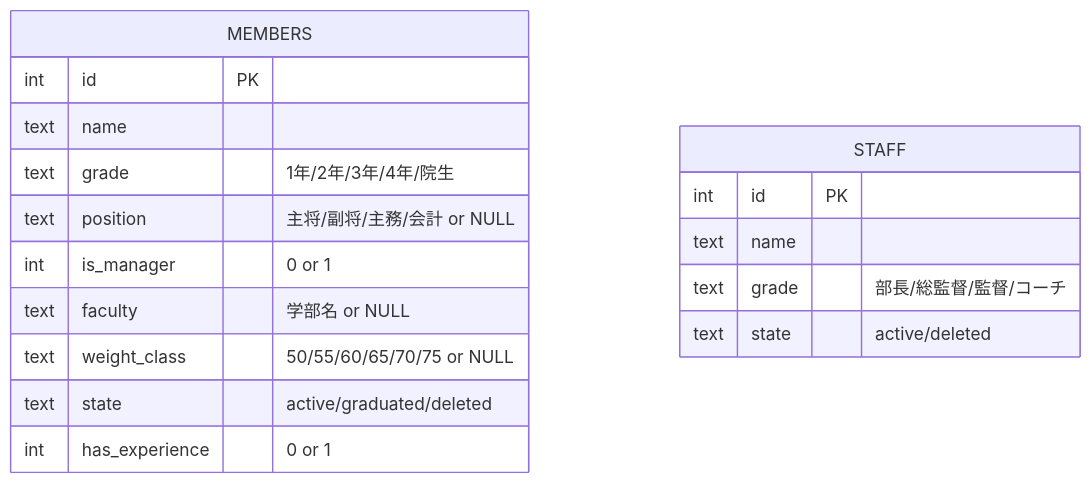
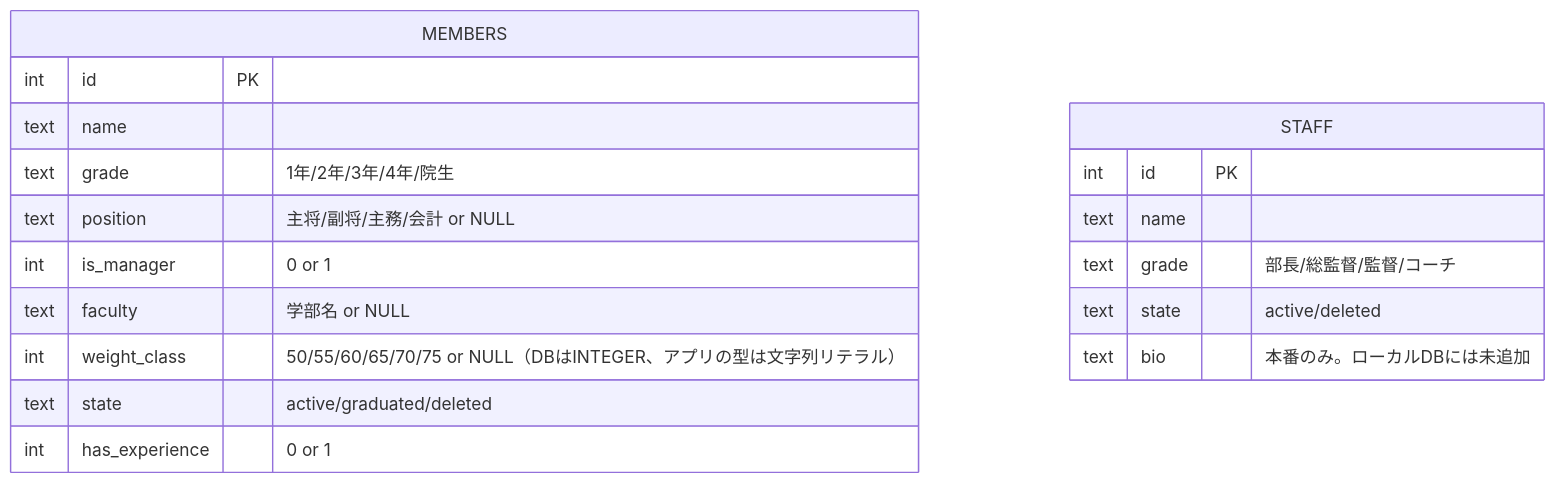
The diagram in docs/PROJECT.md (kindai-boxing-club/kindai-boxing-club-site), drawn with Mermaid before and after one commit. The commit also changed other lines of this file and 4 other files, not shown here.

````diff
--- a/docs/PROJECT.md
+++ b/docs/PROJECT.md
@@ -187,20 +191,21 @@
 ```mermaid
 erDiagram
     MEMBERS {
         int id PK
         text name
         text grade "1年/2年/3年/4年/院生"
         text position "主将/副将/主務/会計 or NULL"
         int is_manager "0 or 1"
         text faculty "学部名 or NULL"
-        text weight_class "50/55/60/65/70/75 or NULL"
+        int weight_class "50/55/60/65/70/75 or NULL（DBはINTEGER、アプリの型は文字列リテラル）"
         text state "active/graduated/deleted"
         int has_experience "0 or 1"
     }
     STAFF {
         int id PK
         text name
         text grade "部長/総監督/監督/コーチ"
         text state "active/deleted"
+        text bio "本番のみ。ローカルDBには未追加"
     }
 ```
````
